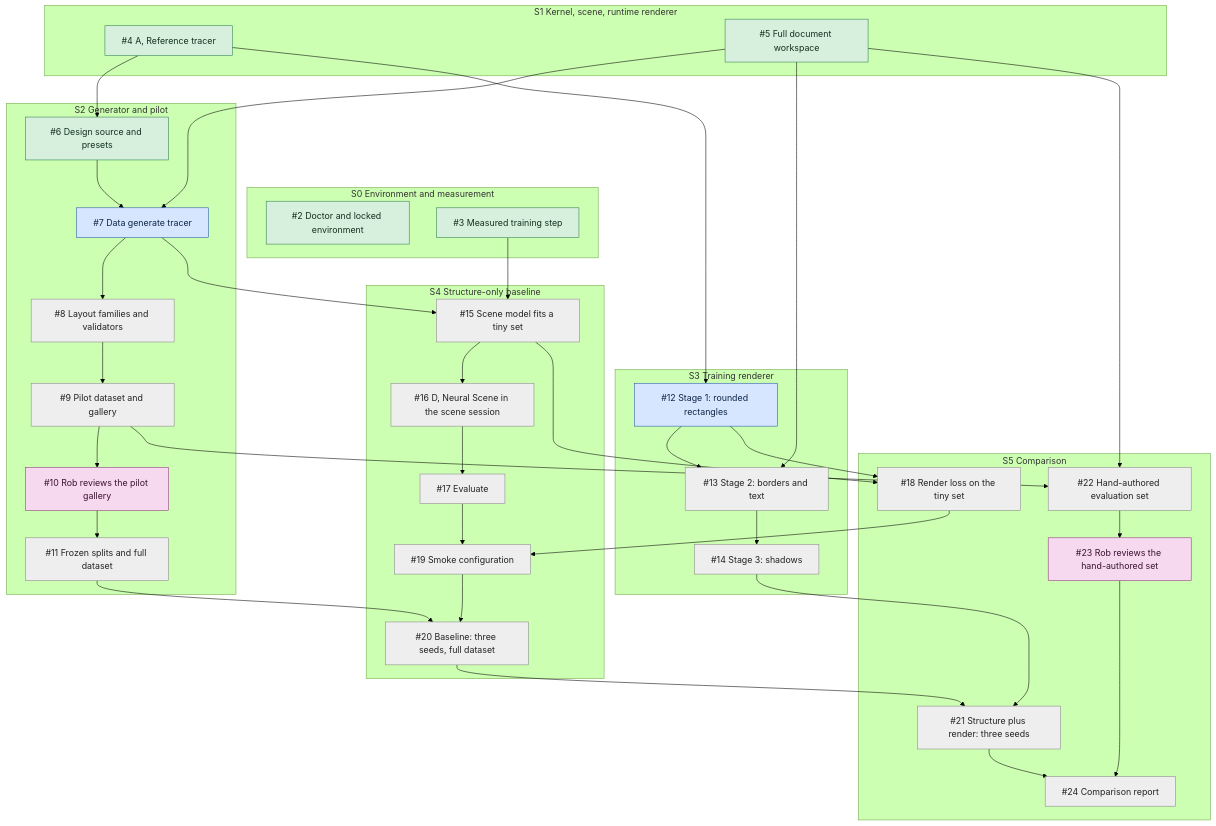
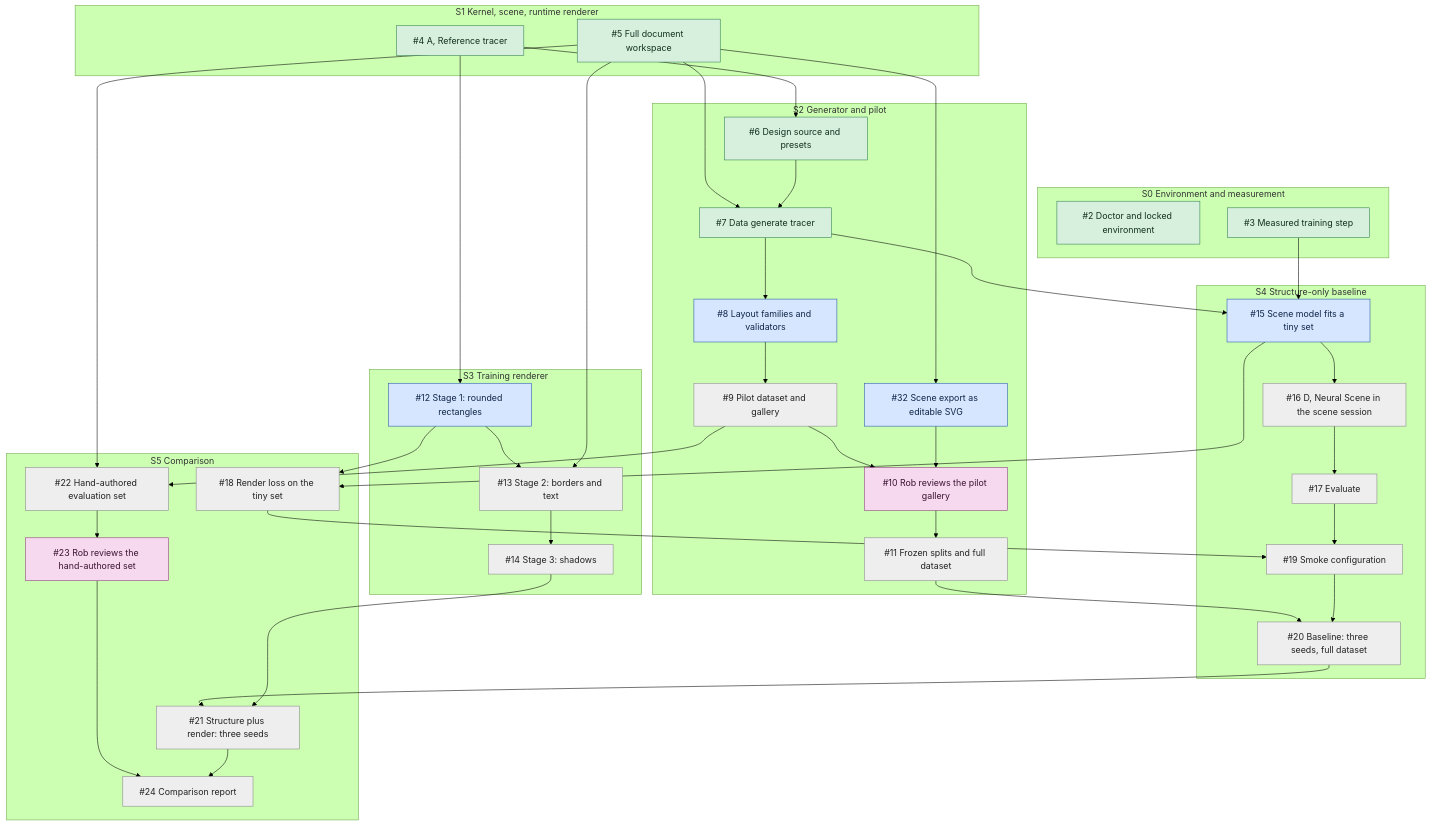
The diagram in docs/roadmap.md (robdhyman/core-ultra-neural-engine), drawn with Mermaid (forest theme) before and after one commit. The commit also changed other lines of this file and 17 other files, not shown here.

First line of the commit message:
Add the `data generate` tracer: scripted sessions to traceable dataset records (#33)

````diff
--- a/docs/roadmap.md
+++ b/docs/roadmap.md
@@ -26,59 +26,61 @@
 ```mermaid
 flowchart TD
     classDef done fill:#d7f0dd,stroke:#2e7d4f,color:#12301f
     classDef ready fill:#d6e6ff,stroke:#2457a6,color:#0f2547
     classDef waiting fill:#eeeeee,stroke:#888888,color:#222222
     classDef rob fill:#f6d9ef,stroke:#8e3a7c,color:#3a1232
 
     subgraph S0["S0 Environment and measurement"]
         i2["#2 Doctor and locked environment"]:::done
         i3["#3 Measured training step"]:::done
     end
     subgraph S1["S1 Kernel, scene, runtime renderer"]
         i4["#4 A, Reference tracer"]:::done
         i5["#5 Full document workspace"]:::done
     end
     subgraph S2["S2 Generator and pilot"]
         i6["#6 Design source and presets"]:::done
-        i7["#7 Data generate tracer"]:::ready
-        i8["#8 Layout families and validators"]:::waiting
+        i7["#7 Data generate tracer"]:::done
+        i8["#8 Layout families and validators"]:::ready
         i9["#9 Pilot dataset and gallery"]:::waiting
+        i32["#32 Scene export as editable SVG"]:::ready
         i10["#10 Rob reviews the pilot gallery"]:::rob
         i11["#11 Frozen splits and full dataset"]:::waiting
     end
     subgraph S3["S3 Training renderer"]
         i12["#12 Stage 1: rounded rectangles"]:::ready
         i13["#13 Stage 2: borders and text"]:::waiting
         i14["#14 Stage 3: shadows"]:::waiting
     end
     subgraph S4["S4 Structure-only baseline"]
-        i15["#15 Scene model fits a tiny set"]:::waiting
+        i15["#15 Scene model fits a tiny set"]:::ready
         i16["#16 D, Neural Scene in the scene session"]:::waiting
         i17["#17 Evaluate"]:::waiting
         i19["#19 Smoke configuration"]:::waiting
         i20["#20 Baseline: three seeds, full dataset"]:::waiting
     end
     subgraph S5["S5 Comparison"]
         i18["#18 Render loss on the tiny set"]:::waiting
         i21["#21 Structure plus render: three seeds"]:::waiting
         i22["#22 Hand-authored evaluation set"]:::waiting
         i23["#23 Rob reviews the hand-authored set"]:::rob
         i24["#24 Comparison report"]:::waiting
     end
 
     i4 --> i6
     i5 --> i7
     i6 --> i7 --> i8 --> i9 --> i10 --> i11
+    i5 --> i32 --> i10
     i4 --> i12 --> i13 --> i14
     i5 --> i13
     i3 --> i15
     i7 --> i15 --> i16 --> i17 --> i19
     i12 --> i18
     i15 --> i18 --> i19
     i11 --> i20
     i19 --> i20 --> i21
     i14 --> i21
     i5 --> i22
     i9 --> i22 --> i23 --> i24
     i21 --> i24
 ```
````
